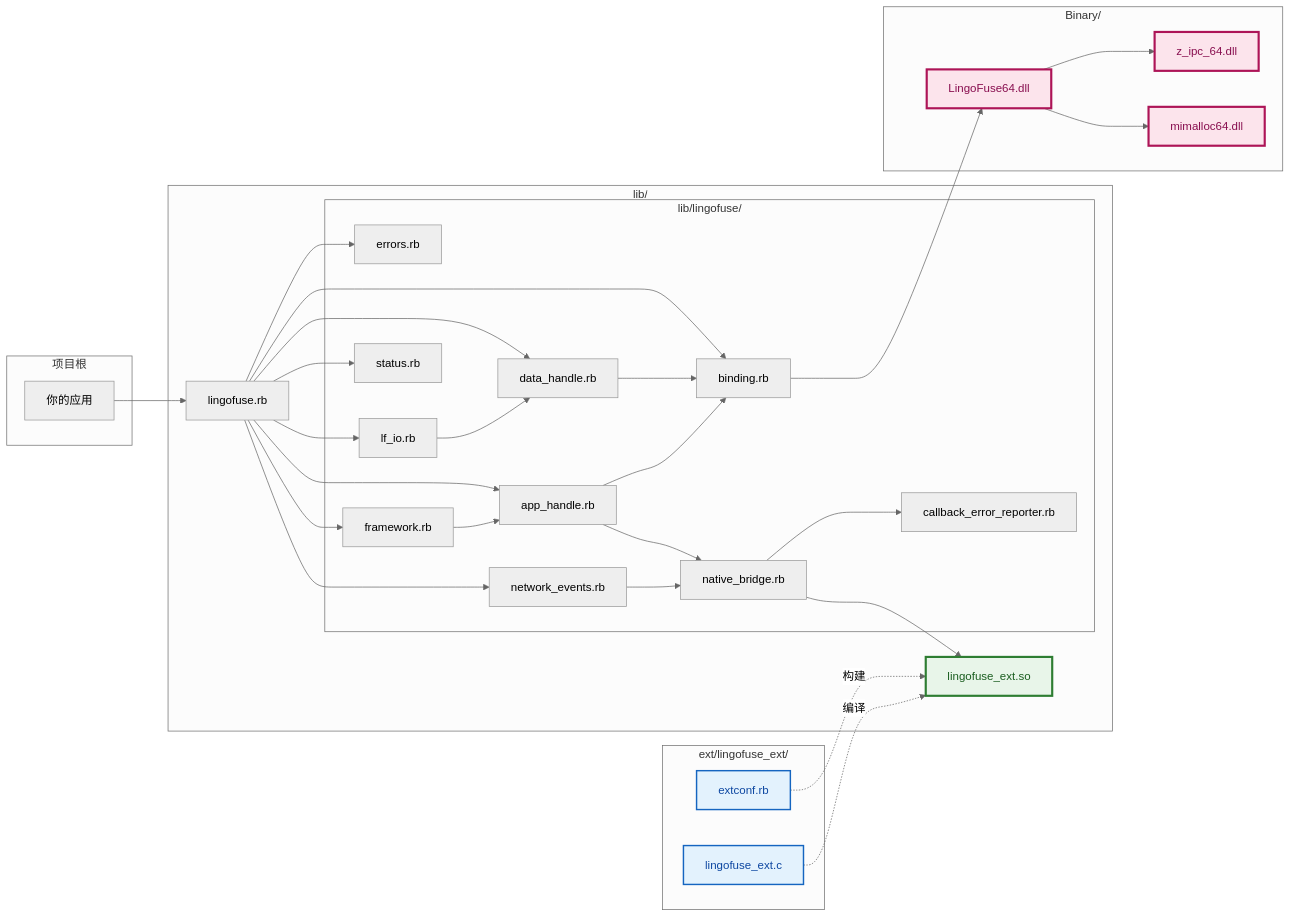
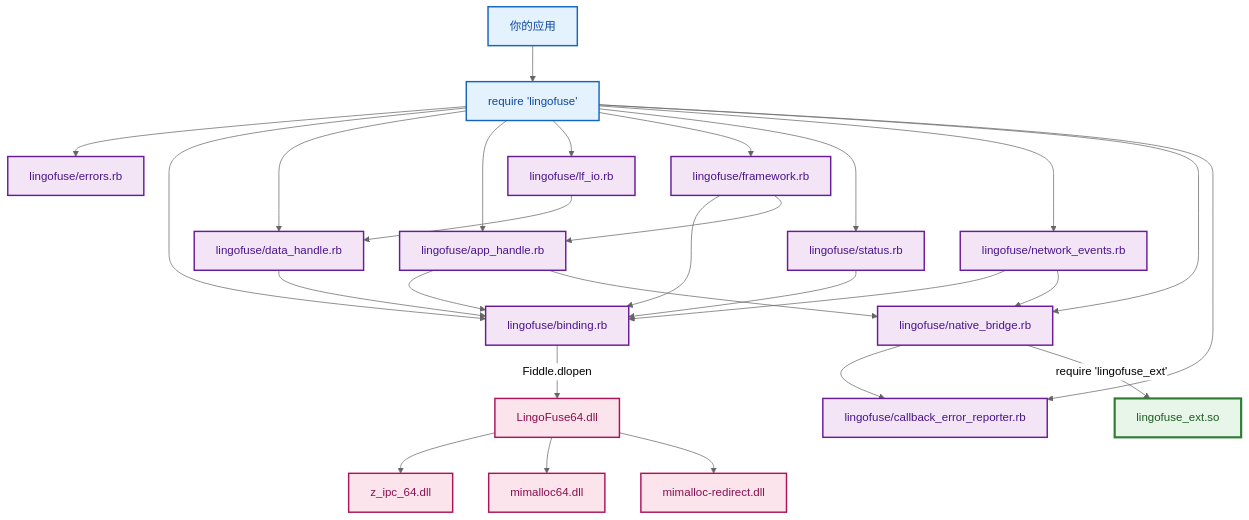
The sixth of 23 diagrams in ruby/README.md (PassByYou888/LingoFuse), drawn with Mermaid (neutral theme) before and after one commit. The commit also changed other lines of this file, not shown here.

````diff
--- a/ruby/README.md
+++ b/ruby/README.md
@@ -230,68 +203,43 @@
 ```mermaid
-flowchart LR
-    subgraph Top["项目根"]
-        APP["你的应用"]
-    end
+flowchart TD
+    App["你的应用"] --> Load["require 'lingofuse'"]
 
-    subgraph Lib["lib/"]
-        I["lingofuse.rb"]
-        subgraph Sub["lib/lingofuse/"]
-            E["errors.rb"]
-            CB["callback_error_reporter.rb"]
-            B["binding.rb"]
-            DH["data_handle.rb"]
-            AH["app_handle.rb"]
-            IO["lf_io.rb"]
-            FW["framework.rb"]
-            ST["status.rb"]
-            NE["network_events.rb"]
-            NB["native_bridge.rb"]
-        end
-        SO["lingofuse_ext.so"]
-    end
+    Load --> Errors["lingofuse/errors.rb"]
+    Load --> Binding["lingofuse/binding.rb"]
+    Load --> DataHandle["lingofuse/data_handle.rb"]
+    Load --> AppHandle["lingofuse/app_handle.rb"]
+    Load --> LfIo["lingofuse/lf_io.rb"]
+    Load --> Framework["lingofuse/framework.rb"]
+    Load --> Status["lingofuse/status.rb"]
+    Load --> NetEvt["lingofuse/network_events.rb"]
+    Load --> NatBridge["lingofuse/native_bridge.rb"]
+    Load --> CBErr["lingofuse/callback_error_reporter.rb"]
 
-    subgraph Ext["ext/lingofuse_ext/"]
-        EXC["extconf.rb"]
-        EXS["lingofuse_ext.c"]
-    end
+    DataHandle --> Binding
+    AppHandle --> Binding
+    AppHandle --> NatBridge
+    LfIo --> DataHandle
+    Framework --> Binding
+    Framework --> AppHandle
+    Status --> Binding
+    NetEvt --> Binding
+    NetEvt --> NatBridge
+    NatBridge --> CBErr
 
-    subgraph Native["Binary/"]
-        DLL["LingoFuse64.dll"]
-        IPC["z_ipc_64.dll"]
-        MI["mimalloc64.dll"]
-    end
+    Binding -->|"Fiddle.dlopen"| DLL["LingoFuse64.dll"]
+    NatBridge -->|"require 'lingofuse_ext'"| Ext["lingofuse_ext.so"]
 
-    APP --> I
-    I --> E
-    I --> B
-    I --> DH
-    I --> AH
-    I --> IO
-    I --> FW
-    I --> ST
-    I --> NE
+    DLL --> ZIPC["z_ipc_64.dll"]
+    DLL --> MI["mimalloc64.dll"]
+    DLL --> MIRed["mimalloc-redirect.dll"]
 
-    DH --> B
-    AH --> B
-    AH --> NB
-    IO --> DH
-    FW --> AH
-    NE --> NB
-    NB --> CB
-    NB --> SO
+    classDef app fill:#E3F2FD,stroke:#1565C0,stroke-width:2px,color:#0D47A1
+    classDef rb fill:#F3E5F5,stroke:#6A1B9A,stroke-width:2px,color:#4A148C
+    classDef ext fill:#E8F5E9,stroke:#2E7D32,stroke-width:3px,color:#1B5E20
+    classDef native fill:#FCE4EC,stroke:#AD1457,stroke-width:2px,color:#880E4F
 
-    B --> DLL
-    DLL --> IPC
-    DLL --> MI
-
-    EXC -.构建.-> SO
-    EXS -.编译.-> SO
-
-    classDef so fill:#E8F5E9,stroke:#2E7D32,stroke-width:3px,color:#1B5E20
-    classDef dll fill:#FCE4EC,stroke:#AD1457,stroke-width:3px,color:#880E4F
-    classDef src fill:#E3F2FD,stroke:#1565C0,stroke-width:2px,color:#0D47A1
-
-    class SO so
-    class DLL,IPC,MI dll
-    class EXC,EXS src
+    class App,Load app
+    class Errors,Binding,DataHandle,AppHandle,LfIo,Framework,Status,NetEvt,NatBridge,CBErr rb
+    class Ext ext
+    class DLL,ZIPC,MI,MIRed native
 ```
````
